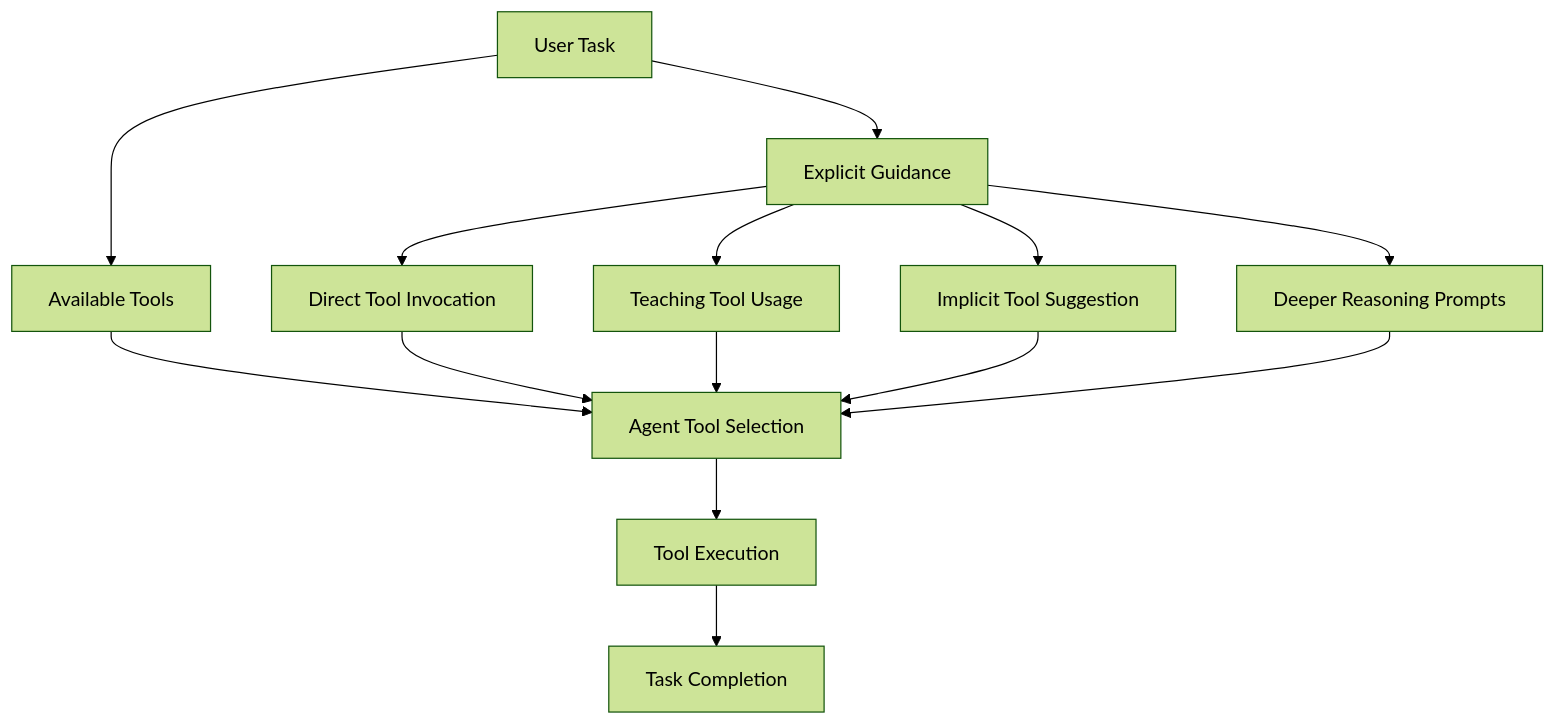
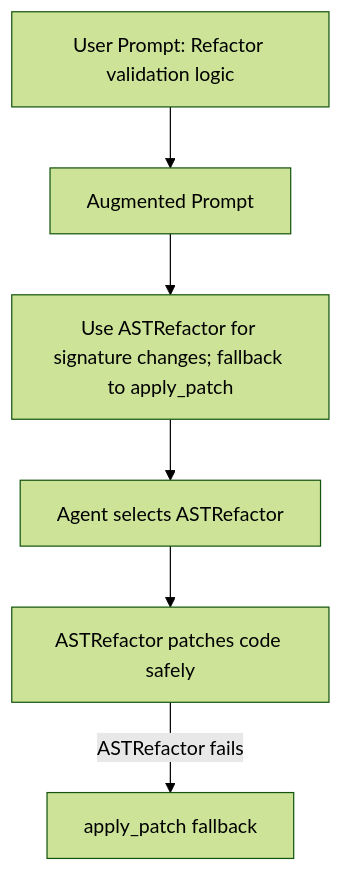
One commit to nibzard/awesome-agentic-patterns changed the diagram in patterns/tool-use-steering-via-prompting.md. Above: the diagram before and after it, drawn with Mermaid (forest theme). The commit also changed other lines of this file and 820 other files, not shown here.

````diff
--- a/patterns/tool-use-steering-via-prompting.md
+++ b/patterns/tool-use-steering-via-prompting.md
@@ -45,18 +82,8 @@
 ```mermaid
 flowchart TD
-    A[User Task] --> B[Available Tools]
-    A --> C[Explicit Guidance]
-    C --> D[Direct Tool Invocation]
-    C --> E[Teaching Tool Usage]
-    C --> F[Implicit Tool Suggestion]
-    C --> G[Deeper Reasoning Prompts]
-
-    B --> H[Agent Tool Selection]
-    D --> H
-    E --> H
-    F --> H
-    G --> H
-
-    H --> I[Tool Execution]
-    I --> J[Task Completion]
+    A["User Prompt: Refactor validation logic"] --> B[Augmented Prompt]
+    B --> C["Use ASTRefactor for signature changes; fallback to apply_patch"]
+    C --> D[Agent selects ASTRefactor]
+    D --> E[ASTRefactor patches code safely]
+    E -->|ASTRefactor fails| F[apply_patch fallback]
 ```
````
